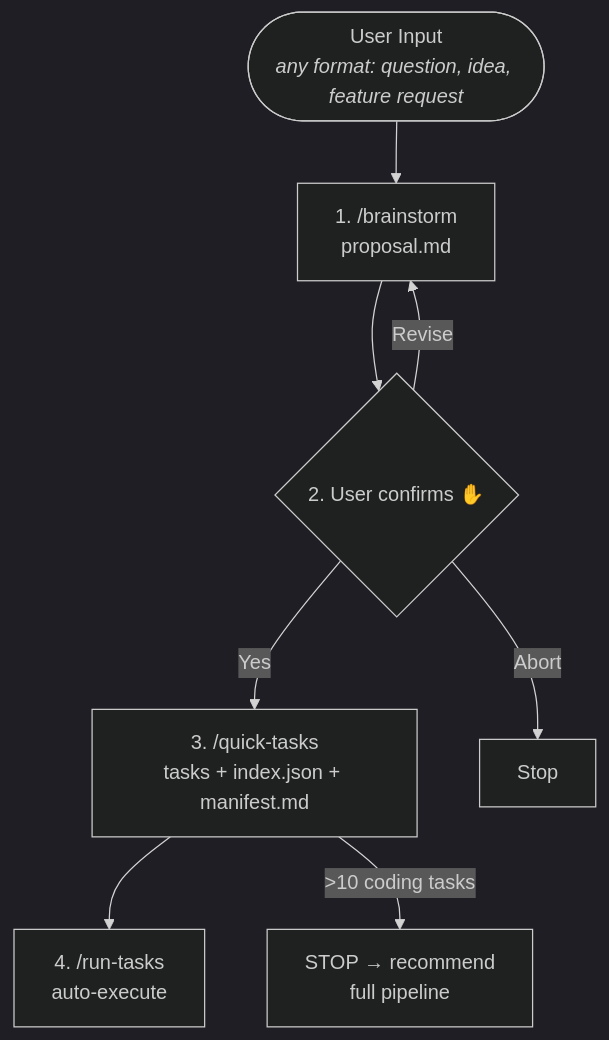
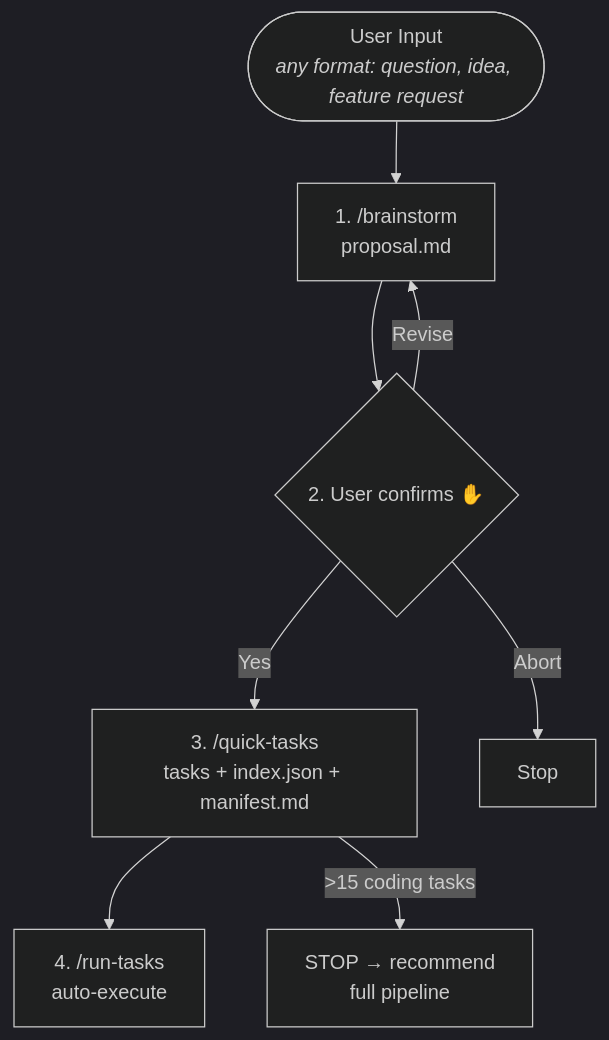
Before and after one commit to bigfaner/forge: the diagram in plugins/forge/commands/quick.md, drawn with Mermaid (dark theme). The commit also changed other lines of this file and 1 other file, not shown here.

Commit message:
feat(forge): raise quick-mode coding task limit from 10 to 15

````diff
--- a/plugins/forge/commands/quick.md
+++ b/plugins/forge/commands/quick.md
@@ -13,10 +13,10 @@
 ```mermaid
 flowchart TD
     INPUT(["User Input<br><i>any format: question, idea, feature request</i>"]) --> A
     A["1. /brainstorm<br>proposal.md"] --> B{"2. User confirms ✋"}
     B -->|"Yes"| C["3. /quick-tasks<br>tasks + index.json + manifest.md"]
     B -->|"Revise"| A
     B -->|"Abort"| STOP["Stop"]
     C --> D["4. /run-tasks<br>auto-execute"]
-    C -->|">10 coding tasks"| FULL["STOP → recommend<br>full pipeline"]
+    C -->|">15 coding tasks"| FULL["STOP → recommend<br>full pipeline"]
 ```
````
